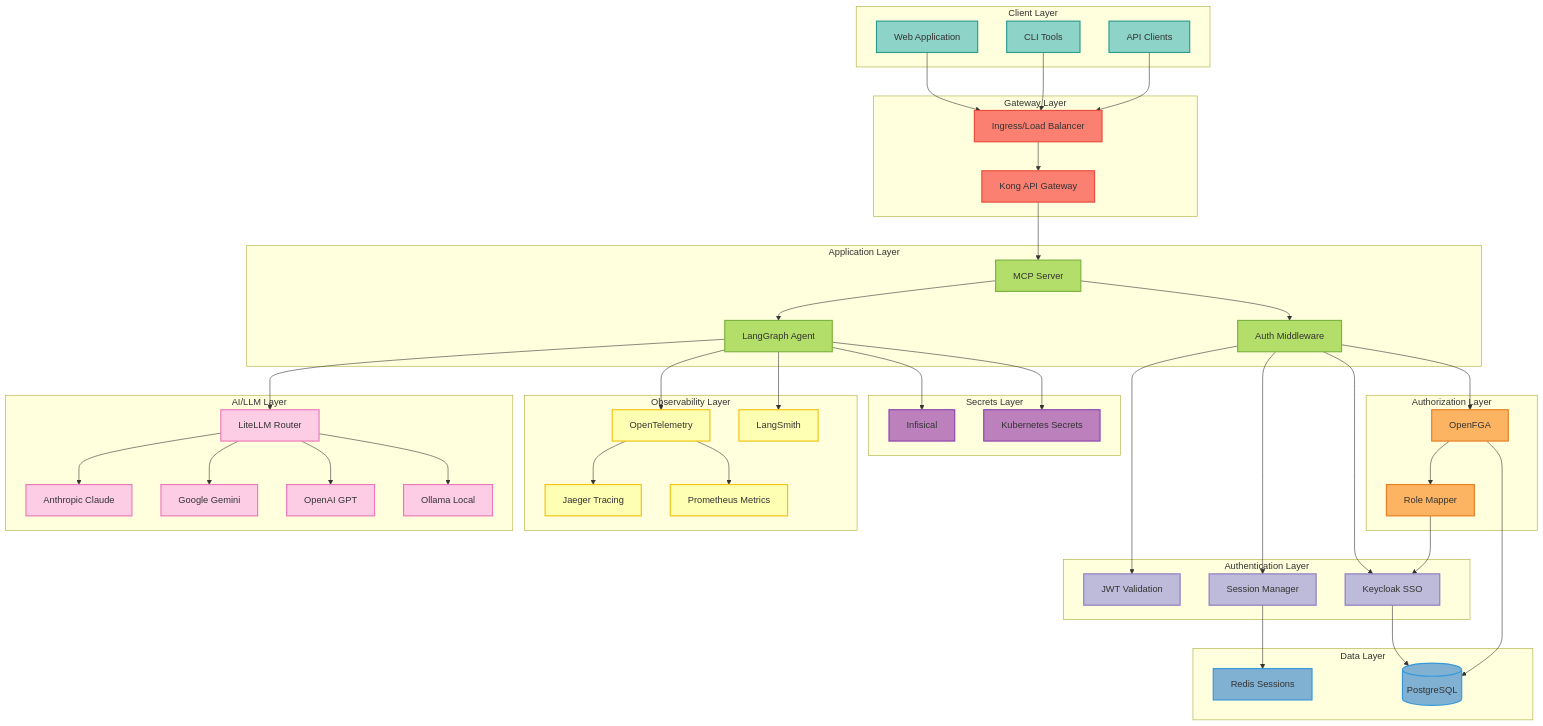
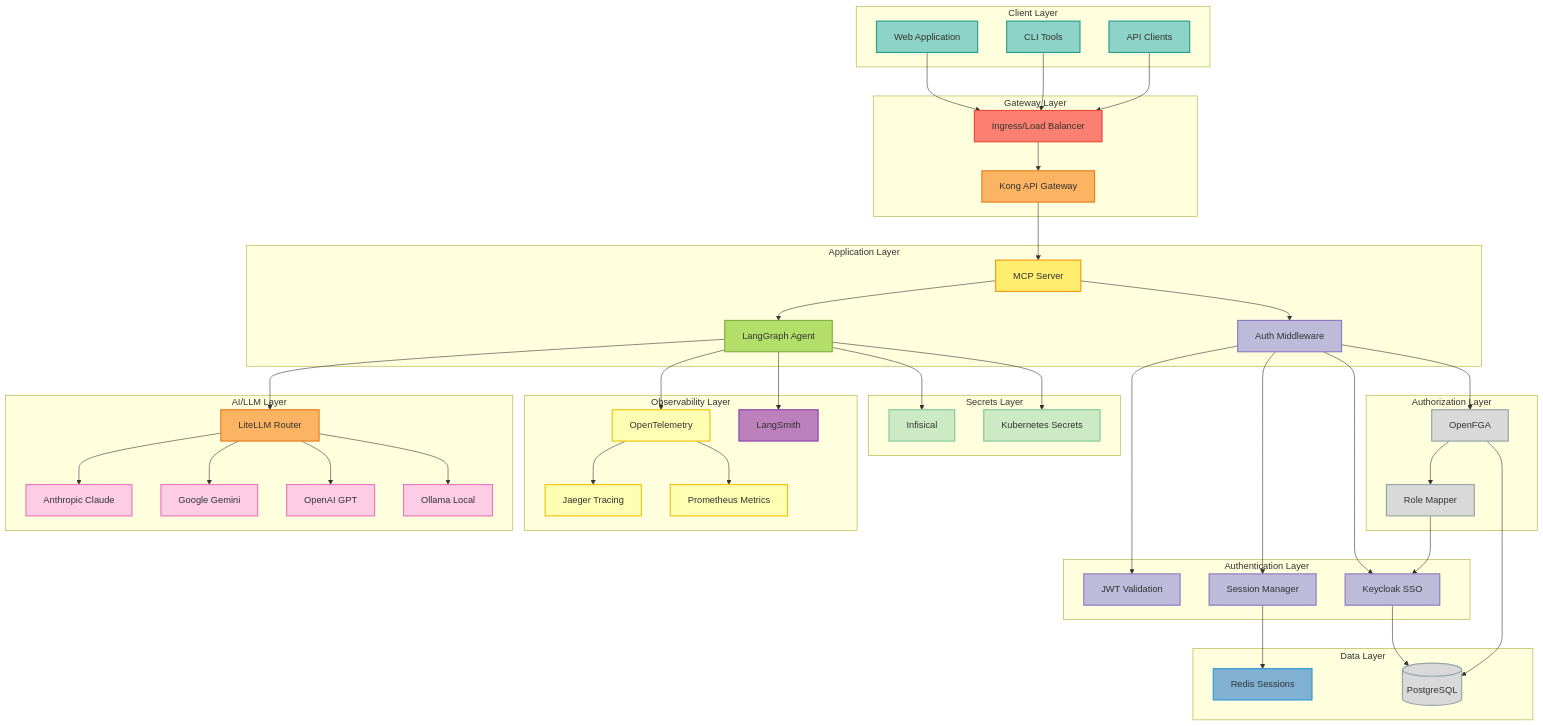
The first of 10 diagrams in docs/getting-started/architecture.mdx (vishnu2kmohan/mcp-server-langgraph), drawn with Mermaid before and after one commit. The commit also changed other lines of this file and 6 other files, not shown here.

First line of the commit message:
style: ensure unique colors for distinct node types across all diagrams

````diff
--- a/docs/getting-started/architecture.mdx
+++ b/docs/getting-started/architecture.mdx
@@ -93,24 +93,39 @@
     Agent --> Infisical
     Agent --> K8sSecrets
 
-    %% ColorBrewer2 Set3 palette styling
+    %% ColorBrewer2 Set3 (12-color) palette - optimized for node type distinction
+    %% Each layer uses distinct colors to avoid visual confusion
     classDef clientStyle fill:#8dd3c7,stroke:#2a9d8f,stroke-width:2px,color:#333
-    classDef gatewayStyle fill:#fb8072,stroke:#e74c3c,stroke-width:2px,color:#333
-    classDef appStyle fill:#b3de69,stroke:#7cb342,stroke-width:2px,color:#333
-    classDef llmStyle fill:#fccde5,stroke:#ec7ab8,stroke-width:2px,color:#333
+    classDef ingressStyle fill:#fb8072,stroke:#e74c3c,stroke-width:2px,color:#333
+    classDef kongStyle fill:#fdb462,stroke:#e67e22,stroke-width:2px,color:#333
+    classDef mcpStyle fill:#ffed6f,stroke:#f39c12,stroke-width:2px,color:#333
+    classDef agentStyle fill:#b3de69,stroke:#7cb342,stroke-width:2px,color:#333
     classDef authStyle fill:#bebada,stroke:#8e7cc3,stroke-width:2px,color:#333
-    classDef authzStyle fill:#fdb462,stroke:#e67e22,stroke-width:2px,color:#333
-    classDef dataStyle fill:#80b1d3,stroke:#3498db,stroke-width:2px,color:#333
-    classDef obsStyle fill:#ffffb3,stroke:#f1c40f,stroke-width:2px,color:#333
-    classDef secretsStyle fill:#bc80bd,stroke:#8e44ad,stroke-width:2px,color:#333
+    classDef llmRouterStyle fill:#fdb462,stroke:#e67e22,stroke-width:2px,color:#333
+    classDef llmProviderStyle fill:#fccde5,stroke:#ec7ab8,stroke-width:2px,color:#333
+    classDef authSvcStyle fill:#bebada,stroke:#8e7cc3,stroke-width:2px,color:#333
+    classDef authzStyle fill:#d9d9d9,stroke:#95a5a6,stroke-width:2px,color:#333
+    classDef redisStyle fill:#80b1d3,stroke:#3498db,stroke-width:2px,color:#333
+    classDef secretsStyle fill:#ccebc5,stroke:#82c99a,stroke-width:2px,color:#333
 
     class WebApp,CLI,API clientStyle
-    class Ingress,Kong gatewayStyle
-    class MCP,Agent,Auth appStyle
-    class LiteLLM,Anthropic,Google,OpenAI,Ollama llmStyle
-    class Keycloak,JWT,Sessions authStyle
-    class OpenFGA,RoleMapper authzStyle
-    class Redis,Postgres dataStyle
+    class Ingress ingressStyle
+    class Kong,LiteLLM kongStyle
+    class MCP mcpStyle
+    class Agent agentStyle
+    class Auth authStyle
+    class Anthropic,Google,OpenAI,Ollama llmProviderStyle
+    class Keycloak,JWT,Sessions authSvcStyle
+    class OpenFGA,RoleMapper,Postgres authzStyle
+    class Redis redisStyle
     class OTel,Jaeger,Prometheus,LangSmith obsStyle
     class Infisical,K8sSecrets secretsStyle
+
+    %% Additional styling for observability layer distinction
+    classDef obsStyle fill:#ffffb3,stroke:#f1c40f,stroke-width:2px,color:#333
+    classDef langsmithStyle fill:#bc80bd,stroke:#8e44ad,stroke-width:2px,color:#333
+
+    class OTel obsStyle
+    class Jaeger,Prometheus obsStyle
+    class LangSmith langsmithStyle
 ```
````
